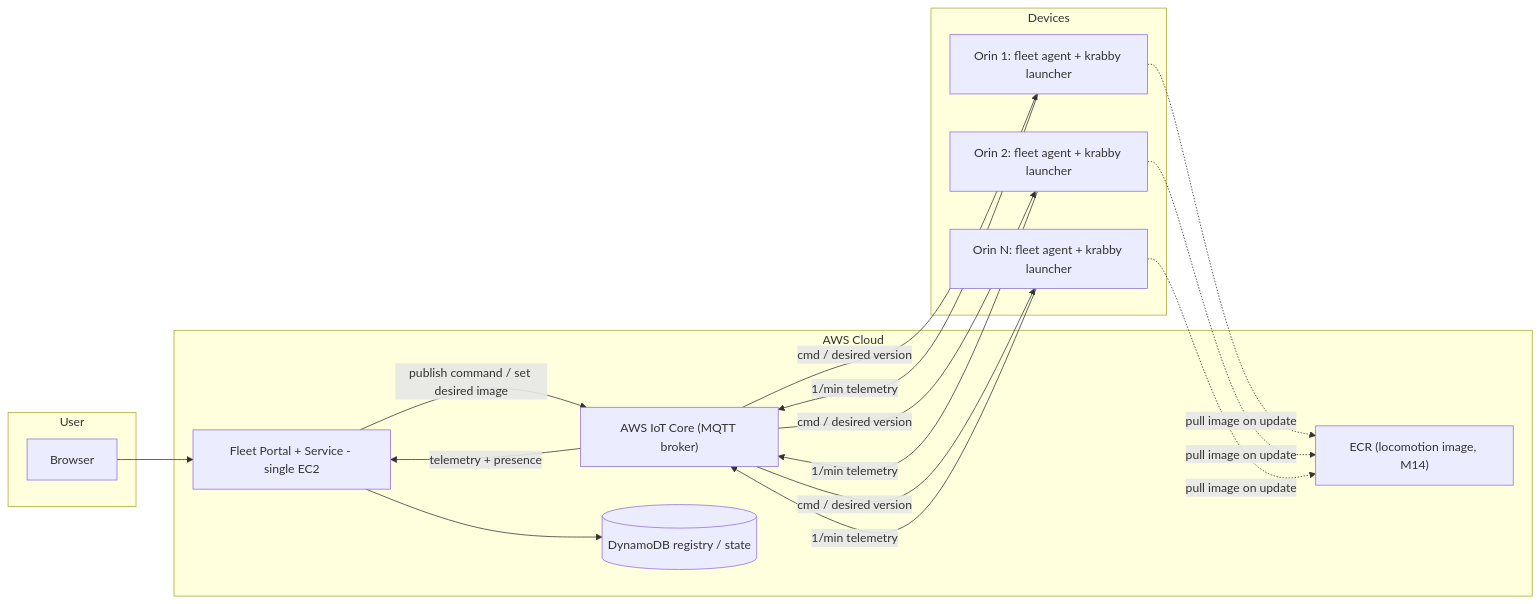
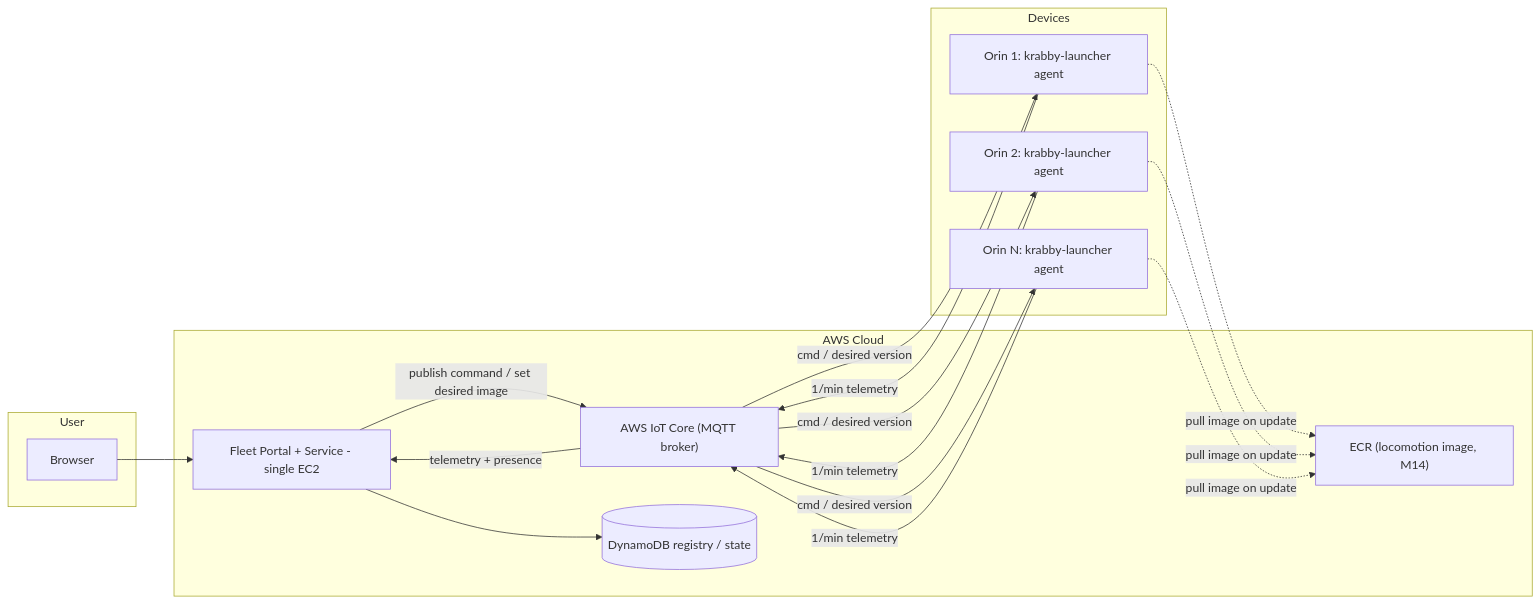
One commit to flliver/patina-foundation-grants changed the first of 2 diagrams in grants/Krabby-Uno/Milestone10-Fleet-Manager/OVERVIEW.md. Above: the diagram before and after it, drawn with Mermaid. The commit also changed other lines of this file and 8 other files, not shown here.

````diff
--- a/grants/Krabby-Uno/Milestone10-Fleet-Manager/OVERVIEW.md
+++ b/grants/Krabby-Uno/Milestone10-Fleet-Manager/OVERVIEW.md
@@ -132,33 +128,33 @@
 ```mermaid
 flowchart LR
   subgraph user [User]
     Browser[Browser]
   end
 
   subgraph cloud [AWS Cloud]
     Portal[Fleet Portal + Service - single EC2]
     IoT["AWS IoT Core (MQTT broker)"]
     DDB[(DynamoDB registry / state)]
     ECR["ECR (locomotion image, M14)"]
   end
 
   subgraph devices [Devices]
-    Orin1[Orin 1: fleet agent + krabby launcher]
-    Orin2[Orin 2: fleet agent + krabby launcher]
-    OrinN[Orin N: fleet agent + krabby launcher]
+    Orin1[Orin 1: krabby-launcher agent]
+    Orin2[Orin 2: krabby-launcher agent]
+    OrinN[Orin N: krabby-launcher agent]
   end
 
   Browser --> Portal
   Portal -->|"publish command / set desired image"| IoT
   Portal --> DDB
   IoT -->|"cmd / desired version"| Orin1
   IoT -->|"cmd / desired version"| Orin2
   IoT -->|"cmd / desired version"| OrinN
   Orin1 -->|"1/min telemetry"| IoT
   Orin2 -->|"1/min telemetry"| IoT
   OrinN -->|"1/min telemetry"| IoT
   IoT -->|"telemetry + presence"| Portal
   Orin1 -.->|"pull image on update"| ECR
   Orin2 -.->|"pull image on update"| ECR
   OrinN -.->|"pull image on update"| ECR
 ```
````
